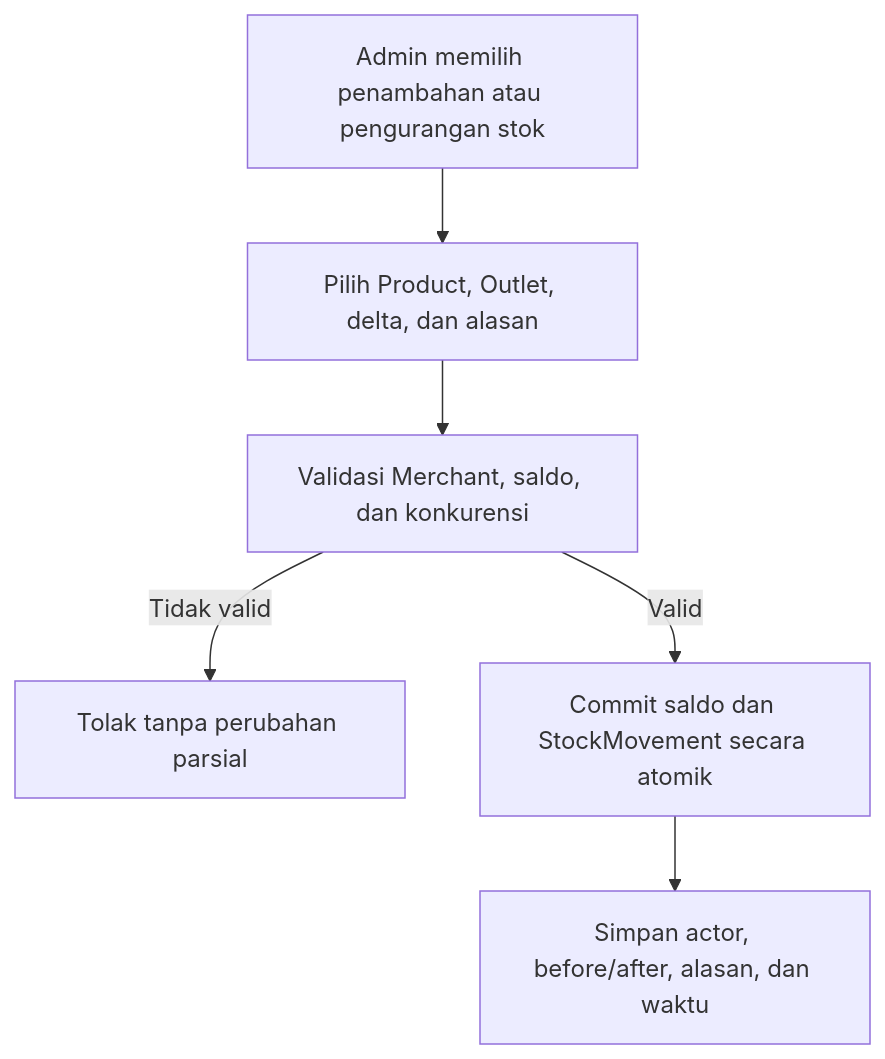
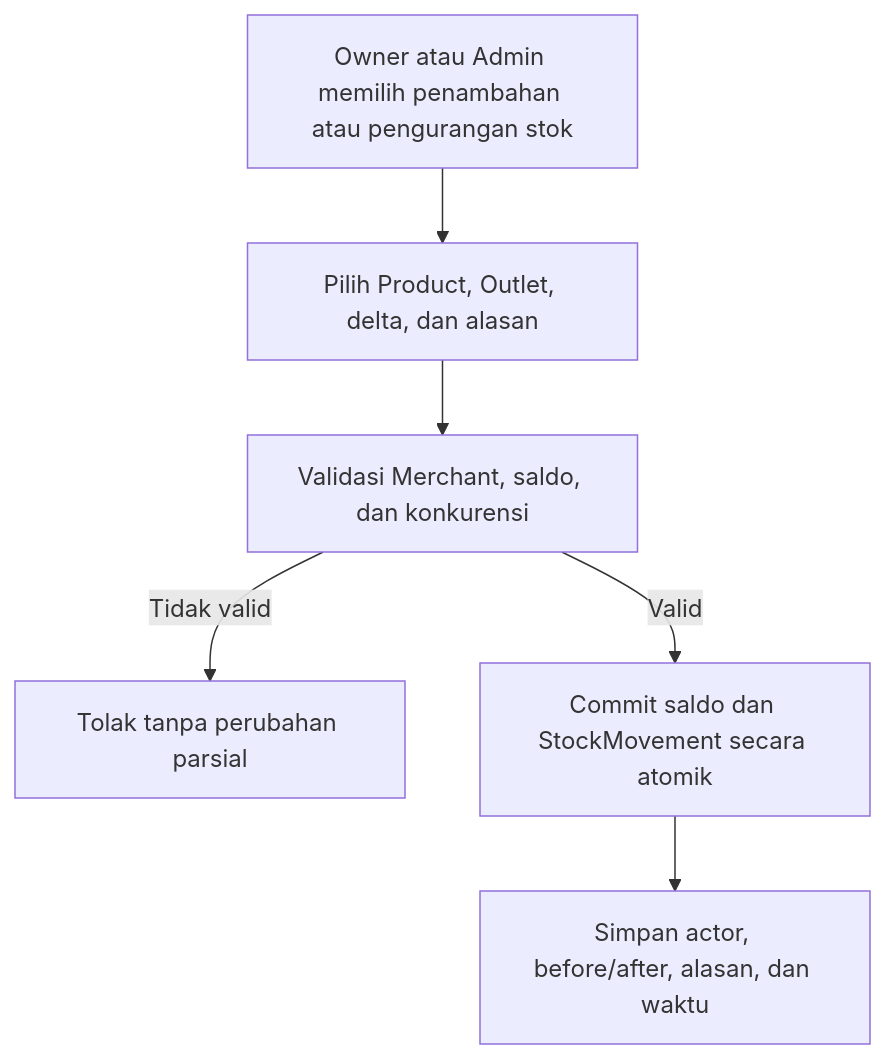
Before and after one commit to TeamOneee/pos-project-be: the third of 4 diagrams in docs/deliverables/04-iterasi-1-proposed-frd.md, drawn with Mermaid. The commit also changed other lines of this file and 4 other files, not shown here.

````diff
--- a/docs/deliverables/04-iterasi-1-proposed-frd.md
+++ b/docs/deliverables/04-iterasi-1-proposed-frd.md
@@ -437,8 +437,8 @@
 ```mermaid
 flowchart TD
-    A["Admin memilih penambahan atau pengurangan stok"] --> B["Pilih Product, Outlet, delta, dan alasan"]
+    A["Owner atau Admin memilih penambahan atau pengurangan stok"] --> B["Pilih Product, Outlet, delta, dan alasan"]
     B --> C["Validasi Merchant, saldo, dan konkurensi"]
     C -->|Tidak valid| D["Tolak tanpa perubahan parsial"]
     C -->|Valid| E["Commit saldo dan StockMovement secara atomik"]
     E --> F["Simpan actor, before/after, alasan, dan waktu"]
 ```
````
